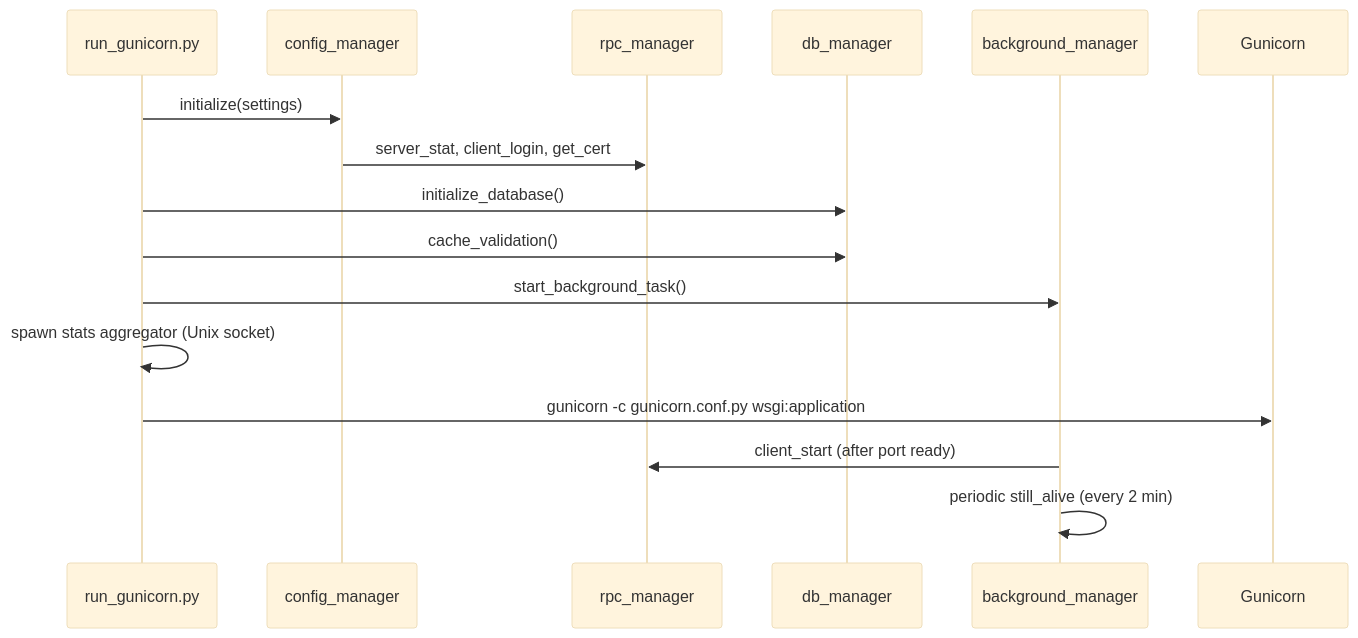
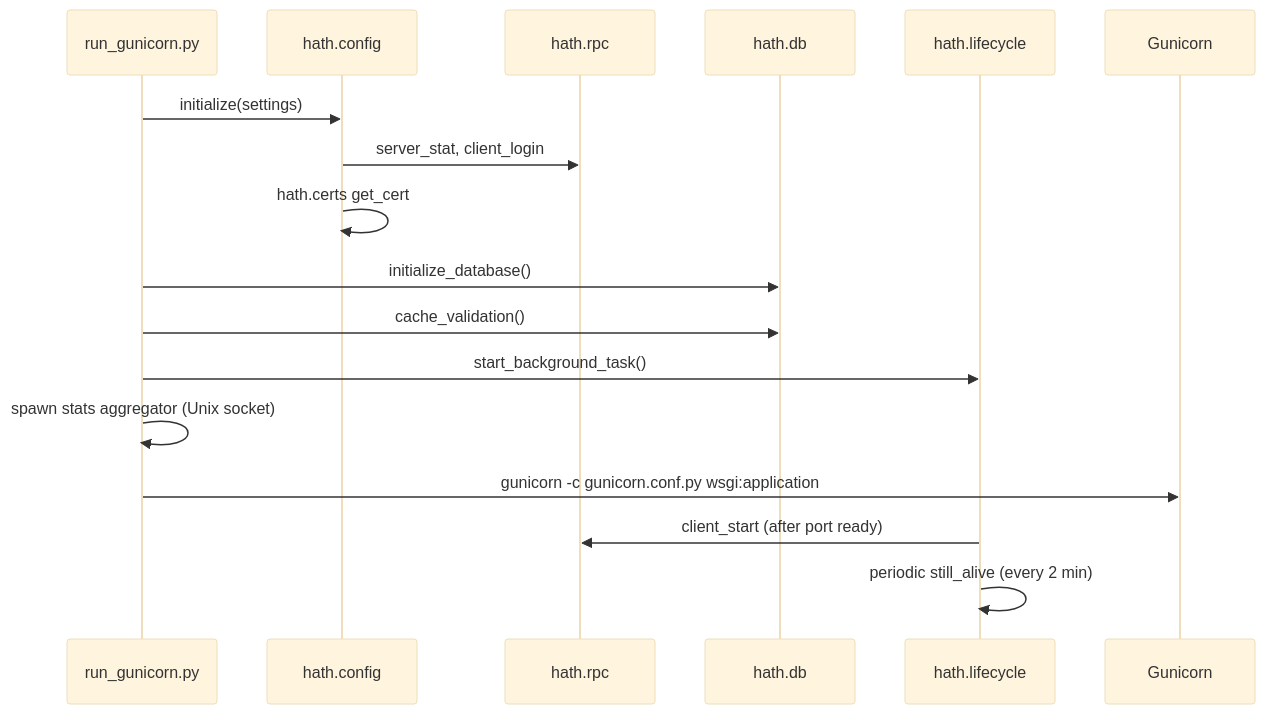
One commit to yuriko-aya/py-hath changed the first of 3 diagrams in ARCHITECTURE.md. Above: the diagram before and after it, drawn with Mermaid (base theme). The commit also changed other lines of this file and 33 other files, not shown here.

First line of the commit message:
refactor: move the client into the hath package.

````diff
--- a/ARCHITECTURE.md
+++ b/ARCHITECTURE.md
@@ -5,19 +5,20 @@
 ```mermaid
 sequenceDiagram
     participant RG as run_gunicorn.py
-    participant CM as config_manager
-    participant RPC as rpc_manager
-    participant DB as db_manager
-    participant BM as background_manager
+    participant CM as hath.config
+    participant RPC as hath.rpc
+    participant DB as hath.db
+    participant LC as hath.lifecycle
     participant GN as Gunicorn
 
     RG->>CM: initialize(settings)
-    CM->>RPC: server_stat, client_login, get_cert
+    CM->>RPC: server_stat, client_login
+    CM->>CM: hath.certs get_cert
     RG->>DB: initialize_database()
     RG->>DB: cache_validation()
-    RG->>BM: start_background_task()
+    RG->>LC: start_background_task()
     RG->>RG: spawn stats aggregator (Unix socket)
     RG->>GN: gunicorn -c gunicorn.conf.py wsgi:application
-    BM->>RPC: client_start (after port ready)
-    BM->>BM: periodic still_alive (every 2 min)
+    LC->>RPC: client_start (after port ready)
+    LC->>LC: periodic still_alive (every 2 min)
 ```
````
